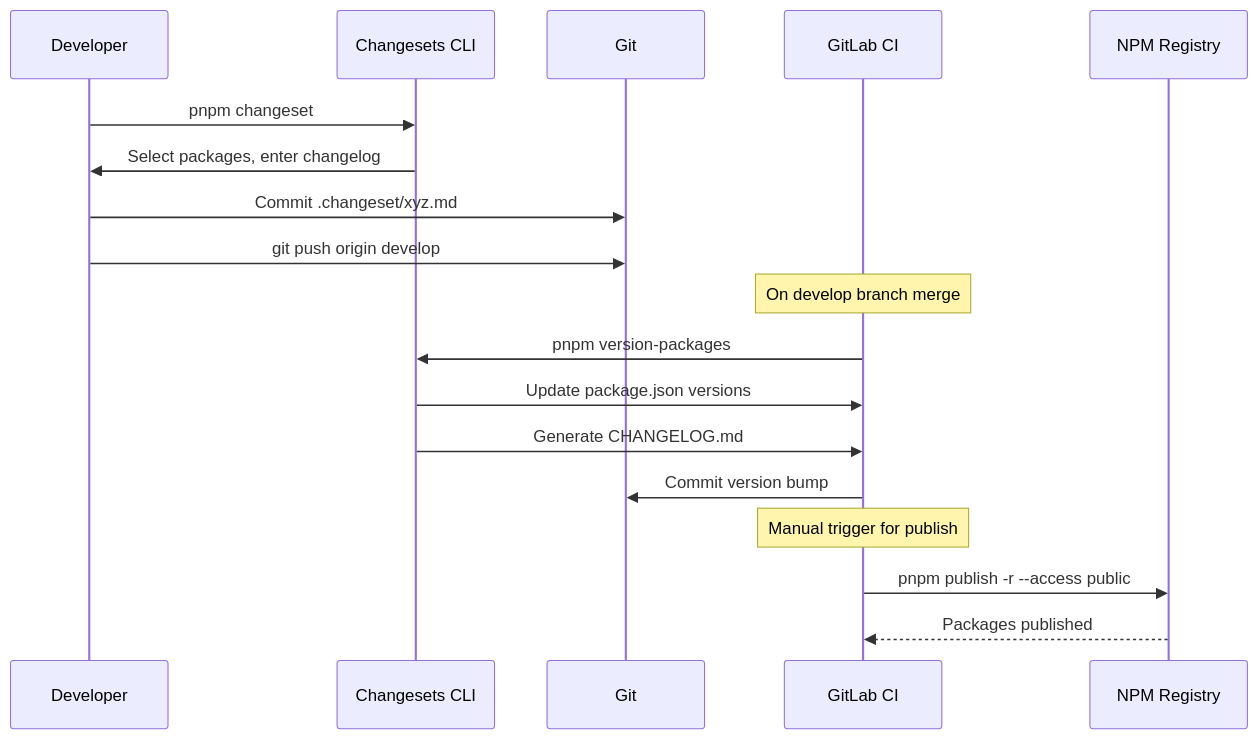
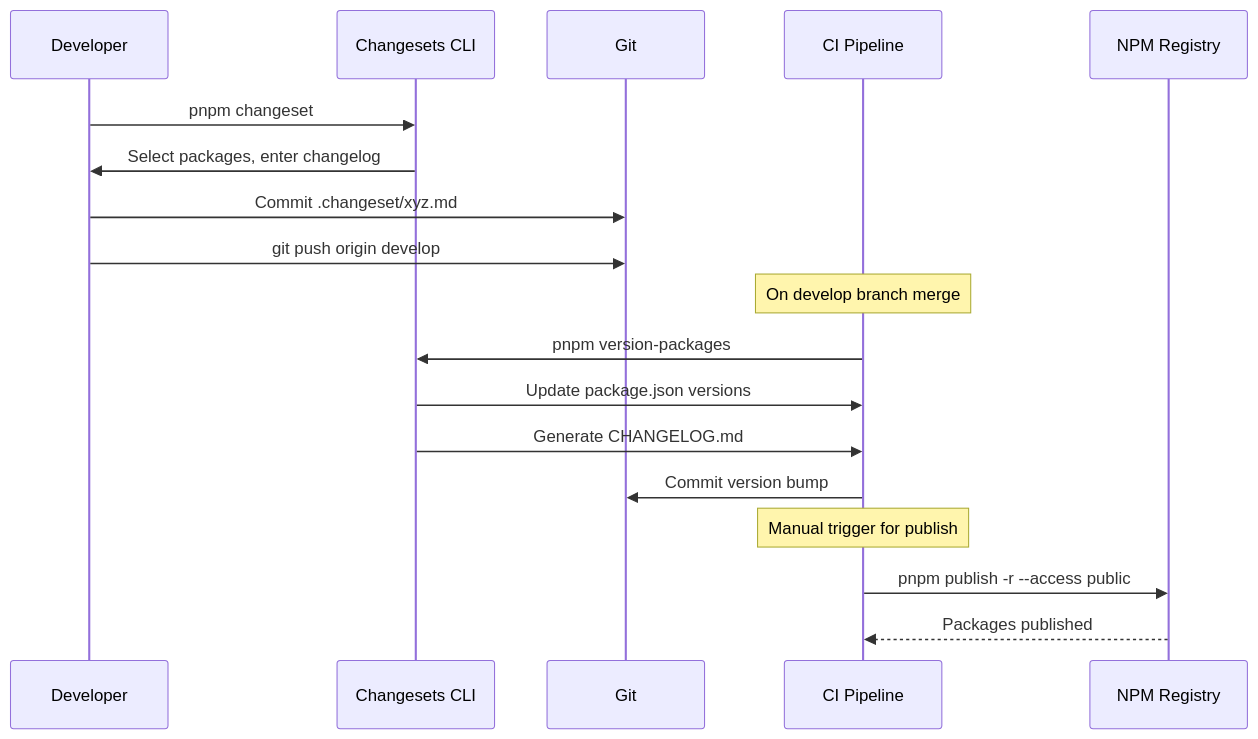
One commit to mainzcript/ujl changed the seventh of 8 diagrams in apps/docs/src/arc42/07-deployment-view.md. Above: the diagram before and after it, drawn with Mermaid. The commit also changed other lines of this file and 17 other files, not shown here.

Commit message:
refactor: update repository links from GitLab to GitHub and refine documentation

````diff
--- a/apps/docs/src/arc42/07-deployment-view.md
+++ b/apps/docs/src/arc42/07-deployment-view.md
@@ -614,27 +533,27 @@
 ```mermaid
 sequenceDiagram
     participant Dev as Developer
     participant Changesets as Changesets CLI
     participant Git as Git
-    participant CI as GitLab CI
+    participant CI as CI Pipeline
     participant NPM as NPM Registry
 
     Dev->>Changesets: pnpm changeset
     Changesets->>Dev: Select packages, enter changelog
     Dev->>Git: Commit .changeset/xyz.md
 
     Dev->>Git: git push origin develop
 
     Note over CI: On develop branch merge
 
     CI->>Changesets: pnpm version-packages
     Changesets->>CI: Update package.json versions
     Changesets->>CI: Generate CHANGELOG.md
 
     CI->>Git: Commit version bump
 
     Note over CI: Manual trigger for publish
 
     CI->>NPM: pnpm publish -r --access public
     NPM-->>CI: Packages published
 ```
````
